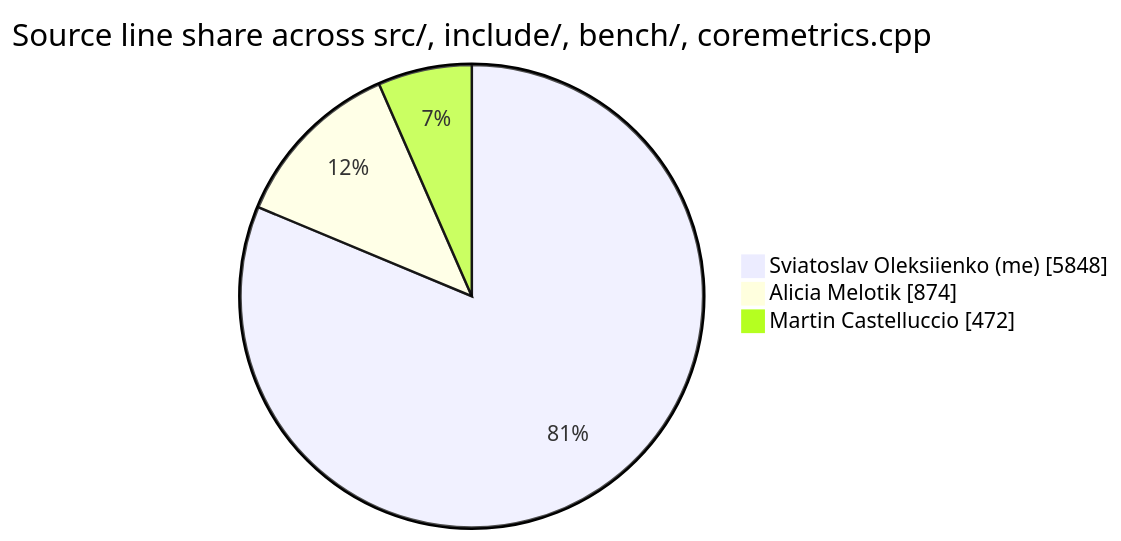
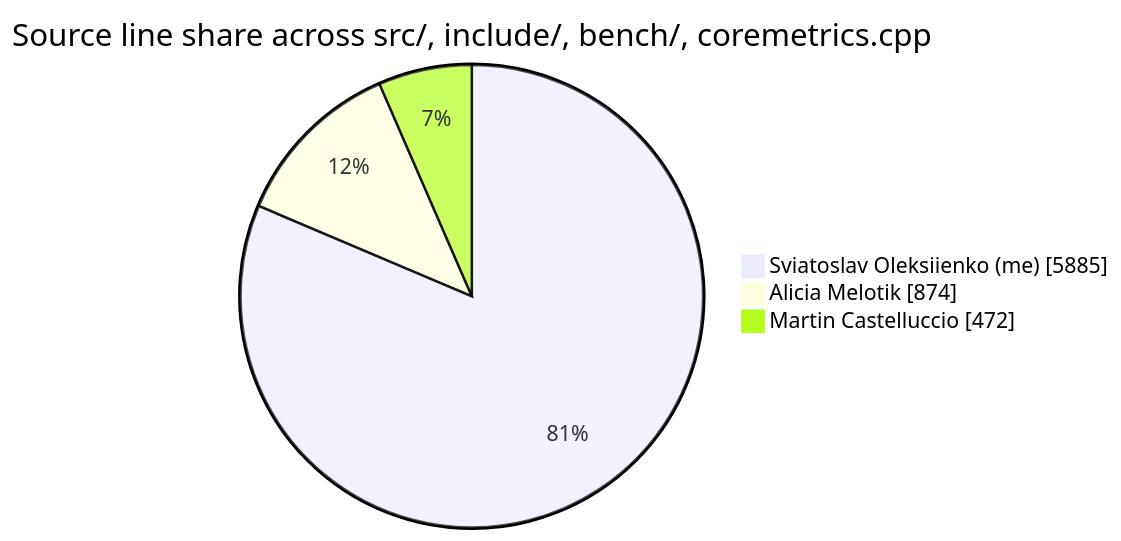
The diagram in .github/badges/contributions.md (sviatil0/coremetrics), drawn with Mermaid before and after one commit. The commit also changed other lines of this file and 2 other files, not shown here.

````diff
--- a/.github/badges/contributions.md
+++ b/.github/badges/contributions.md
@@ -11,7 +11,7 @@
 ```mermaid
 pie showData
     title Source line share across src/, include/, bench/, coremetrics.cpp
-    "Sviatoslav Oleksiienko (me)" : 5848
+    "Sviatoslav Oleksiienko (me)" : 5885
     "Alicia Melotik" : 874
     "Martin Castelluccio" : 472
 ```
````
